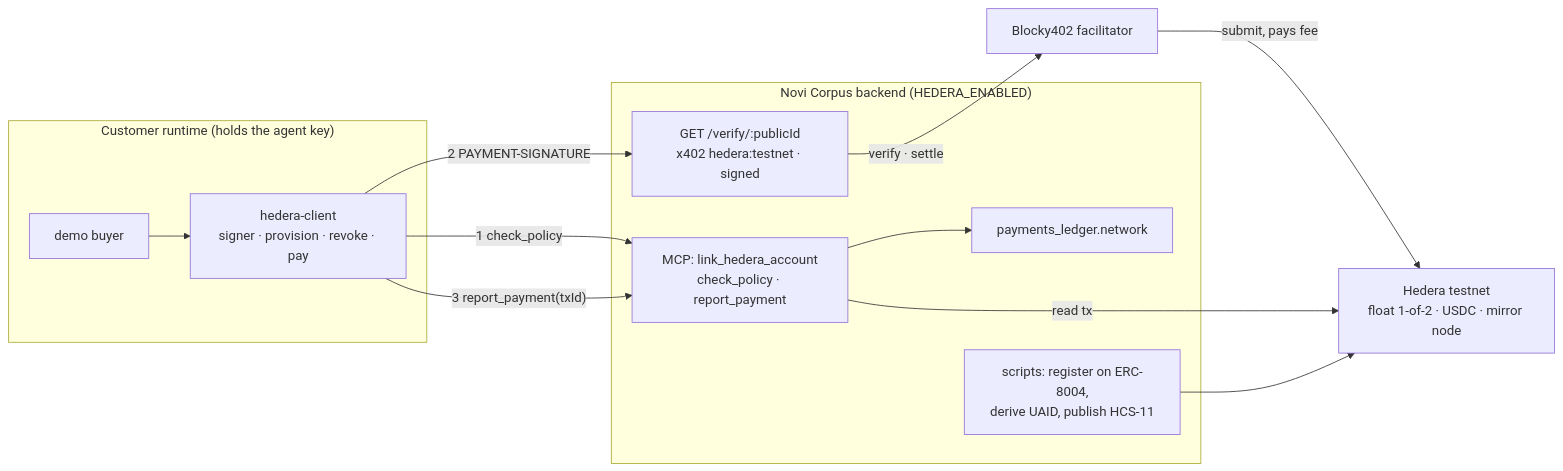
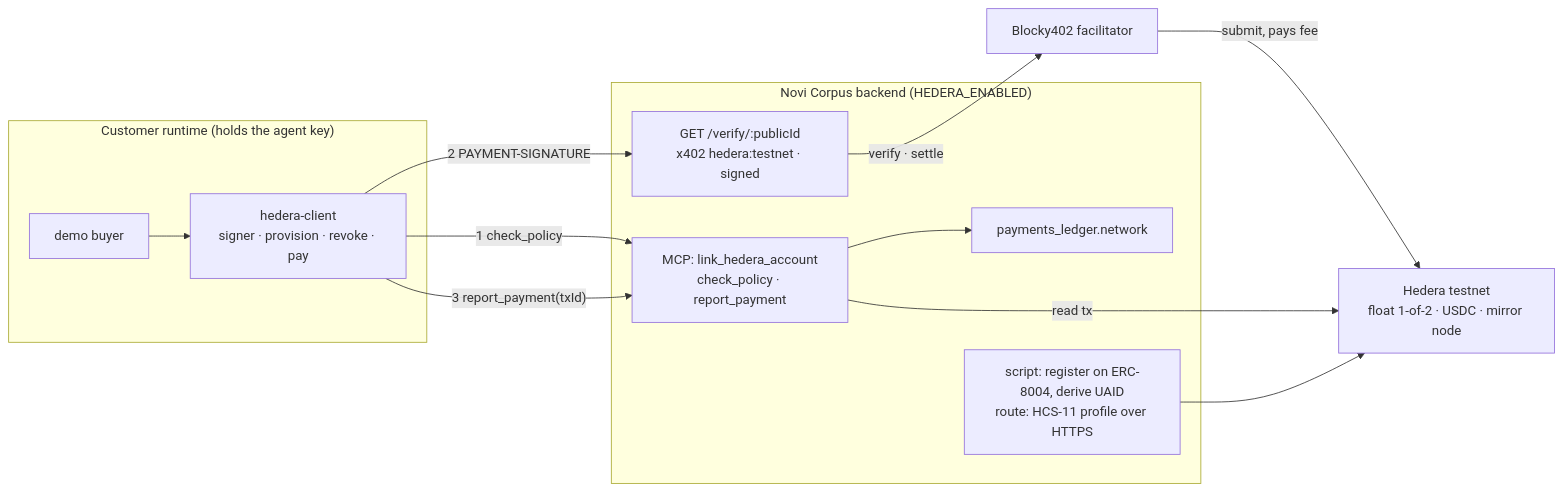
Before and after one commit to jb1011/Project-Alpha: the diagram in back/docs/design/2026-09-10-hedera-rail-design.md, drawn with Mermaid. The commit also changed other lines of this file, not shown here.

````diff
--- a/back/docs/design/2026-09-10-hedera-rail-design.md
+++ b/back/docs/design/2026-09-10-hedera-rail-design.md
@@ -53,24 +61,24 @@
 ```mermaid
 flowchart LR
   subgraph customer["Customer runtime (holds the agent key)"]
     C["hedera-client<br/>signer · provision · revoke · pay"]
     B["demo buyer"]
   end
   subgraph novi["Novi Corpus backend (HEDERA_ENABLED)"]
     M["MCP: link_hedera_account<br/>check_policy · report_payment"]
     V["GET /verify/:publicId<br/>x402 hedera:testnet · signed"]
     L["payments_ledger.network"]
-    R["scripts: register on ERC-8004,<br/>derive UAID, publish HCS-11"]
+    R["script: register on ERC-8004, derive UAID<br/>route: HCS-11 profile over HTTPS"]
   end
   F["Blocky402 facilitator"]
   H["Hedera testnet<br/>float 1-of-2 · USDC · mirror node"]
   C -- "1 check_policy" --> M
   C -- "2 PAYMENT-SIGNATURE" --> V
   V -- "verify · settle" --> F
   F -- "submit, pays fee" --> H
   C -- "3 report_payment(txId)" --> M
   M -- "read tx" --> H
   M --> L
   R --> H
   B --> C
 ```
````
